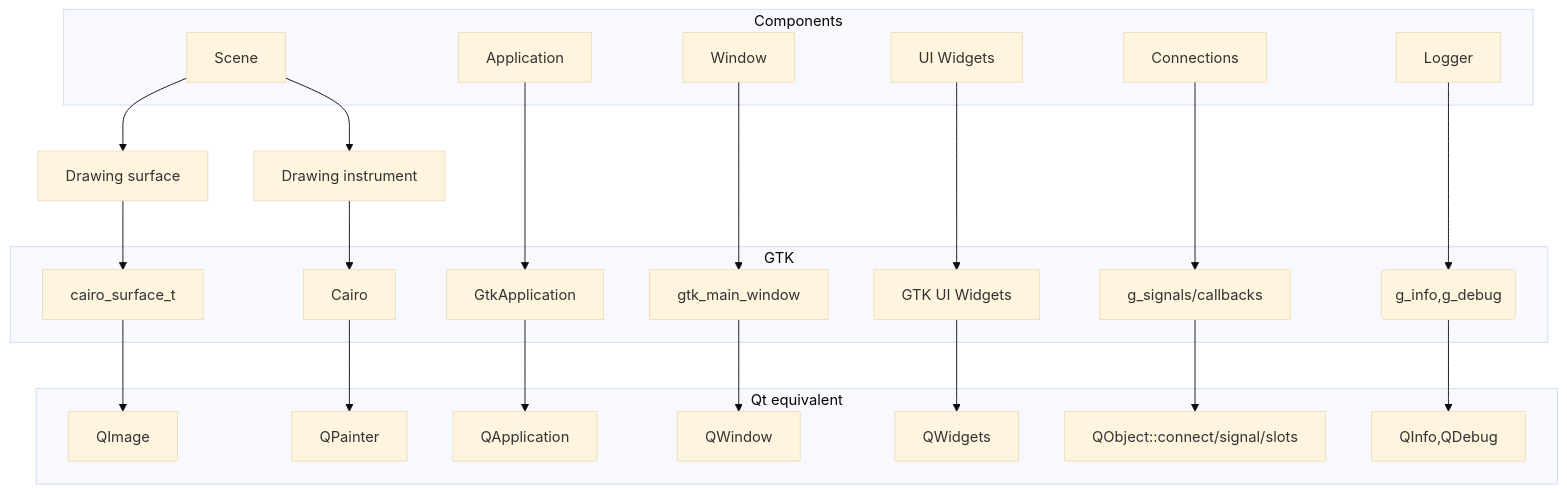
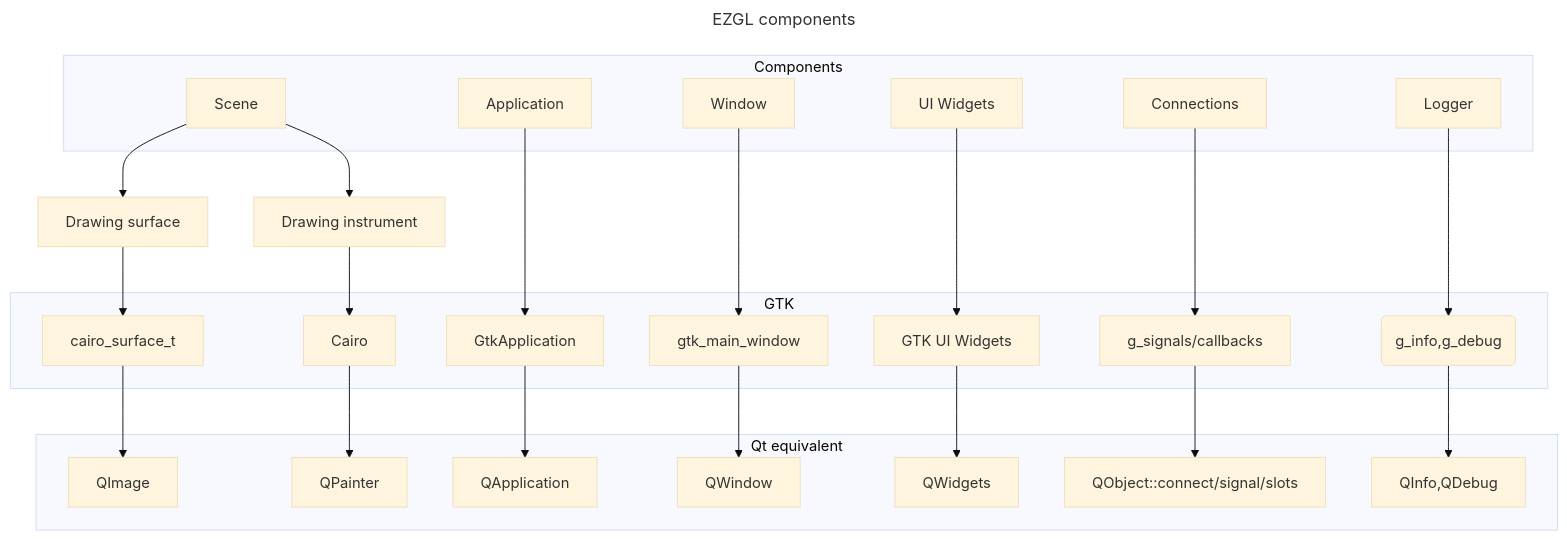
One commit to w0lek/ezgl changed the second of 7 diagrams in doc/qtport.md. Above: the diagram before and after it, drawn with Mermaid (base theme). The commit also changed other lines of this file, not shown here.

````diff
--- a/doc/qtport.md
+++ b/doc/qtport.md
@@ -9,69 +52,72 @@
 ```mermaid
+---
+title: EZGL components
+---
 flowchart TD
   %% components
   component_scene[Scene]
   component_app[Application]
   component_window[Window]
   component_draw_surface[Drawing surface]
   component_draw_instrument[Drawing instrument]
   component_ui_widgets[UI Widgets]
   component_connections[Connections]
   component_log[Logger]
 
   %% gtk
   gtk_app[GtkApplication]
   gtk_window[gtk_main_window]
   cairo_surface_t[cairo_surface_t]
   cairo[Cairo]
   gtk_ui_widgets[GTK UI Widgets]
   g_signals[g_signals/callbacks]
   g_logs(g_info,g_debug)
   
   %% qt
   qapp[QApplication]
   qimage[QImage]
   qwindow[QWindow]
   qwidgets[QWidgets]
   qpainter[QPainter]
   qconnect[QObject::connect/signal/slots]
   qlogs[QInfo,QDebug]
 
   component_app --> gtk_app --> qapp
   component_window --> gtk_window --> qwindow
   component_draw_surface --> cairo_surface_t --> qimage
   component_draw_instrument --> cairo --> qpainter
   component_scene --> component_draw_surface
   component_scene --> component_draw_instrument
   component_ui_widgets --> gtk_ui_widgets --> qwidgets
   component_connections --> g_signals --> qconnect
   component_log --> g_logs --> qlogs
 
   subgraph Component [Components]
     component_scene
     component_app
     component_window
     component_ui_widgets
     component_connections
     component_log
   end
   
   subgraph Gtk [GTK]
     gtk_app
     gtk_window
     cairo_surface_t
     cairo
     gtk_ui_widgets
     g_signals
     g_logs
   end
 
   subgraph Qt [Qt equivalent]
     qimage
     qapp
     qwindow
     qpainter
     qwidgets
     qconnect
     qlogs
   end
 ```
````
